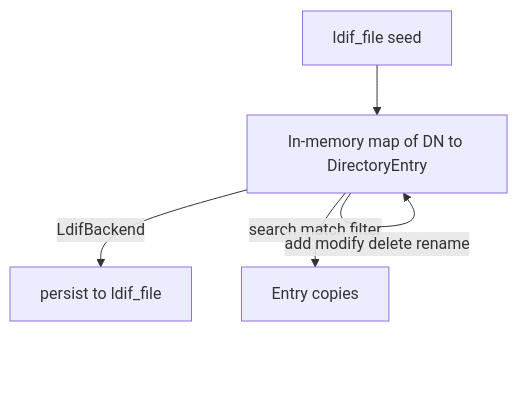
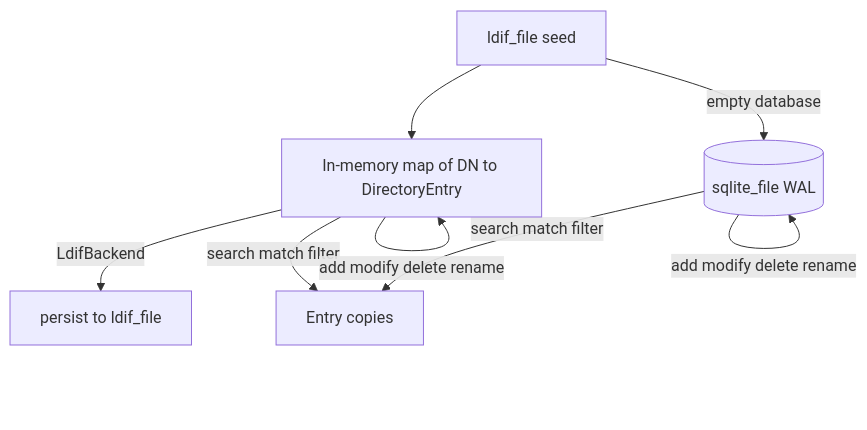
Before and after one commit to SimpleDaemons/simple-ldapd: the second of 3 diagrams in docs/diagrams/data-flow.md, drawn with Mermaid. The commit also changed other lines of this file and 27 other files, not shown here.

````diff
--- a/docs/diagrams/data-flow.md
+++ b/docs/diagrams/data-flow.md
@@ -29,11 +29,15 @@
 ```mermaid
 flowchart TB
   Seed[ldif_file seed]
   Mem[In-memory map of DN to DirectoryEntry]
   Persist[persist to ldif_file]
+  Sqlite[(sqlite_file WAL)]
 
   Seed --> Mem
+  Seed -->|empty database| Sqlite
   Mem -->|search match filter| Results[Entry copies]
   Mem -->|add modify delete rename| Mem
   Mem -->|LdifBackend| Persist
+  Sqlite -->|search match filter| Results
+  Sqlite -->|add modify delete rename| Sqlite
 ```
````
